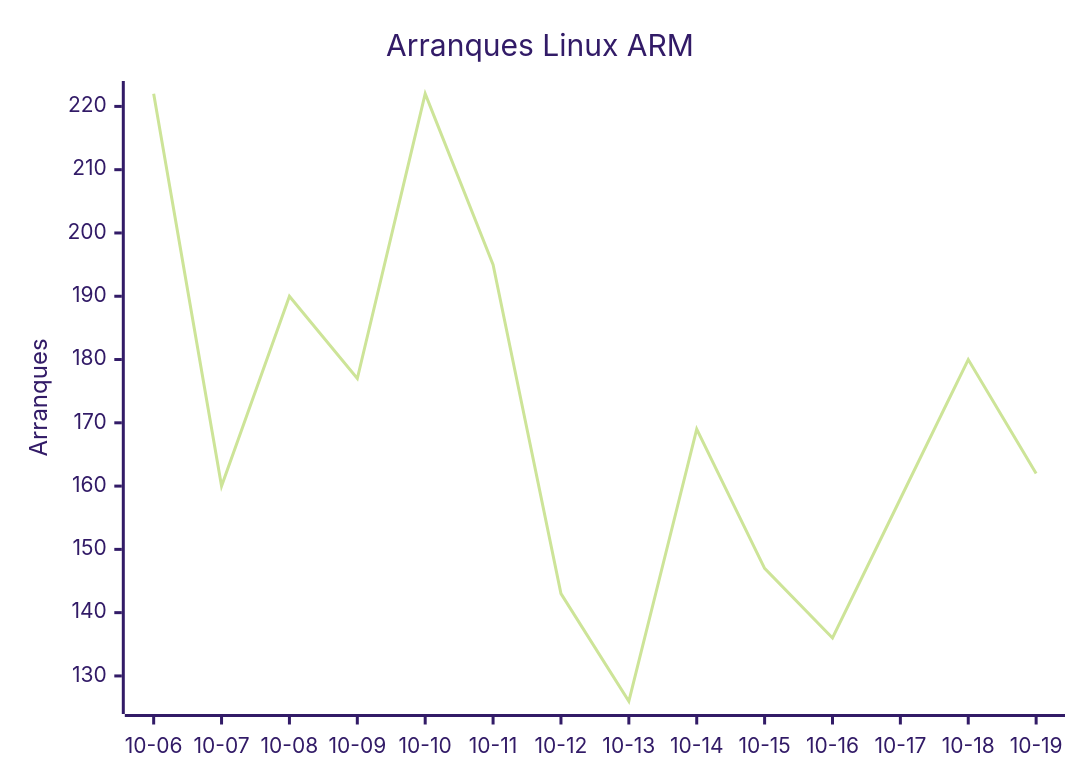
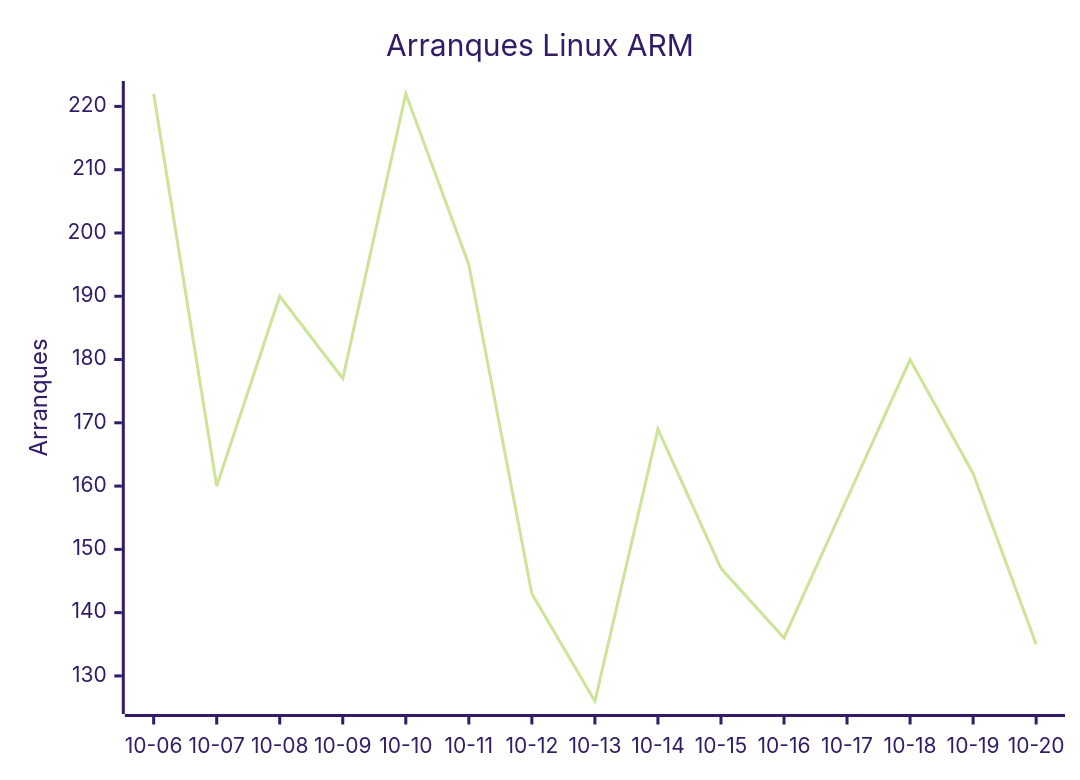
One commit to EmuDeck/stats changed the second of 8 diagrams in README.md. Above: the diagram before and after it, drawn with Mermaid (forest theme). The commit also changed other lines of this file and 2 other files, not shown here.

````diff
--- a/README.md
+++ b/README.md
@@ -26,7 +26,7 @@
 ```mermaid
 xychart-beta
     title "Arranques Linux ARM"
-    x-axis ["10-06", "10-07", "10-08", "10-09", "10-10", "10-11", "10-12", "10-13", "10-14", "10-15", "10-16", "10-17", "10-18", "10-19"]
+    x-axis ["10-06", "10-07", "10-08", "10-09", "10-10", "10-11", "10-12", "10-13", "10-14", "10-15", "10-16", "10-17", "10-18", "10-19", "10-20"]
     y-axis "Arranques"
-    line [222, 160, 190, 177, 222, 195, 143, 126, 169, 147, 136, 158, 180, 162]
+    line [222, 160, 190, 177, 222, 195, 143, 126, 169, 147, 136, 158, 180, 162, 135]
 ```
````
